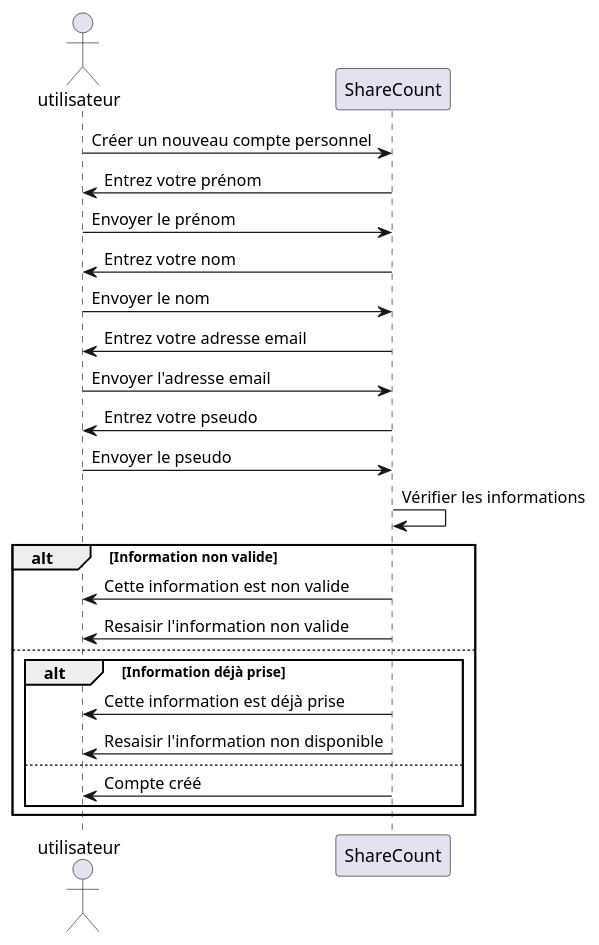
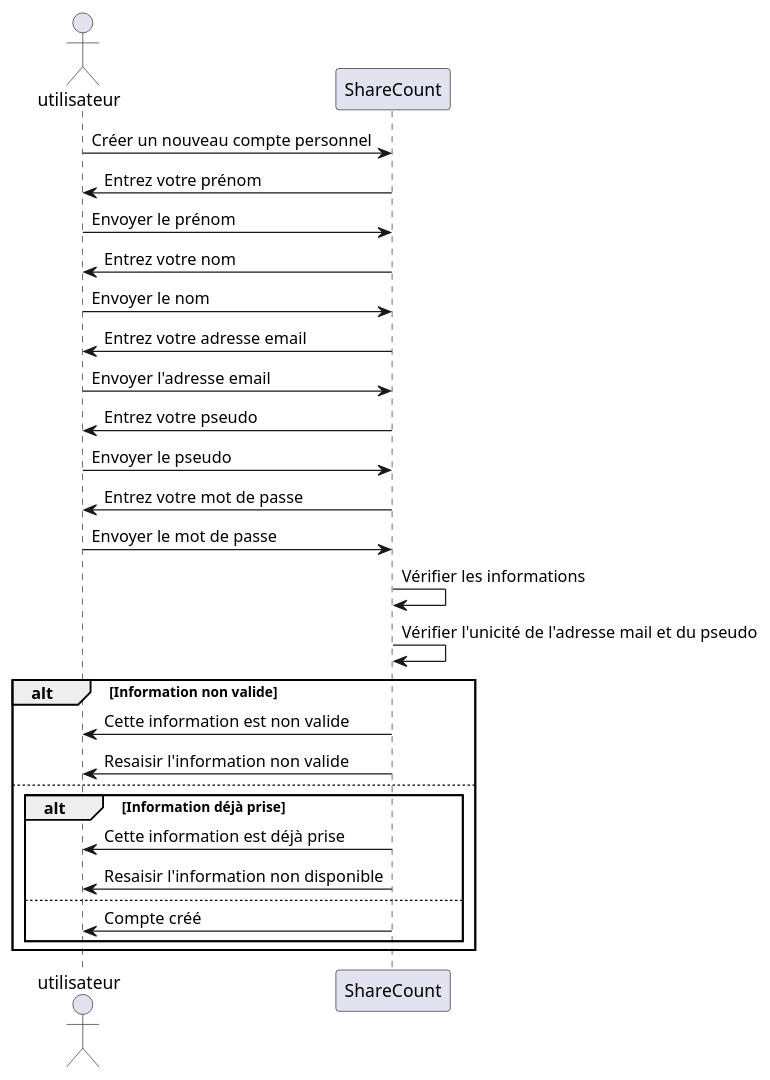
Before and after one commit to lmtb06/sharecount: the diagram in diagrammes/specification/sequence/Créer-compte-personnel.puml, drawn with PlantUML. The commit also changed 4 other files, not shown here.

Commit message:
Modification de certains diagrammes

```diff
--- a/diagrammes/specification/sequence/Créer-compte-personnel.puml
+++ b/diagrammes/specification/sequence/Créer-compte-personnel.puml
@@ -1,33 +1,36 @@
 @startuml  Créer compte personnel
 
 actor utilisateur as u
 participant ShareCount as sc
 
 u -> sc : Créer un nouveau compte personnel
 sc -> u : Entrez votre prénom
 u -> sc : Envoyer le prénom
 sc -> u : Entrez votre nom
 u -> sc : Envoyer le nom
 sc -> u : Entrez votre adresse email
 u -> sc : Envoyer l'adresse email
 sc -> u : Entrez votre pseudo
 u -> sc : Envoyer le pseudo
+sc -> u : Entrez votre mot de passe
+u -> sc : Envoyer le mot de passe
 sc -> sc : Vérifier les informations
+sc -> sc : Vérifier l'unicité de l'adresse mail et du pseudo
 
 alt Information non valide
 sc -> u : Cette information est non valide
 sc -> u : Resaisir l'information non valide
 else
 
 alt Information déjà prise
 sc -> u : Cette information est déjà prise
 sc -> u : Resaisir l'information non disponible
 else
 
 sc -> u : Compte créé
 
 end
 
 end
 
 @enduml
```
